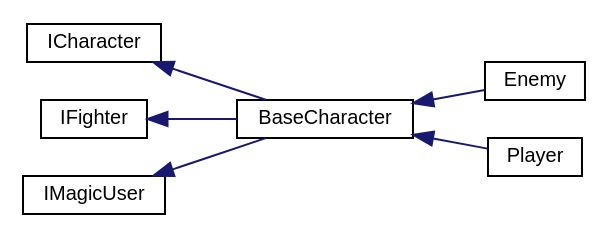
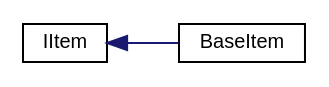
The diagram in inherit_graph_4.dot (PaulSchweizer/ActionRpgKit), drawn with Graphviz before and after one commit. The commit also changed 506 other files, not shown here.

```diff
--- a/inherit_graph_4.dot
+++ b/inherit_graph_4.dot
@@ -1,18 +1,10 @@
 digraph "Graphical Class Hierarchy"
 {
  // INTERACTIVE_SVG=YES
   edge [fontname="Helvetica",fontsize="10",labelfontname="Helvetica",labelfontsize="10"];
   node [fontname="Helvetica",fontsize="10",shape=record];
   rankdir="LR";
-  Node1 [label="ICharacter",height=0.2,width=0.4,color="black", fillcolor="white", style="filled",URL="$d2/df8/interface_action_rpg_kit_1_1_character_1_1_i_character.xhtml",tooltip="Characters populate the game world. They are defined by Stats."];
+  Node1 [label="IItem",height=0.2,width=0.4,color="black", fillcolor="white", style="filled",URL="$d3/d77/interface_action_rpg_kit_1_1_item_1_1_i_item.xhtml"];
   Node1 -> Node2 [dir="back",color="midnightblue",fontsize="10",style="solid",fontname="Helvetica"];
-  Node2 [label="BaseCharacter",height=0.2,width=0.4,color="black", fillcolor="white", style="filled",URL="$d9/d5c/class_action_rpg_kit_1_1_character_1_1_base_character.xhtml",tooltip="Base implementation of a Character."];
-  Node2 -> Node3 [dir="back",color="midnightblue",fontsize="10",style="solid",fontname="Helvetica"];
-  Node3 [label="Enemy",height=0.2,width=0.4,color="black", fillcolor="white", style="filled",URL="$d2/df0/class_action_rpg_kit_1_1_character_1_1_enemy.xhtml",tooltip="Representation of a Hostile, game controlled character."];
-  Node2 -> Node4 [dir="back",color="midnightblue",fontsize="10",style="solid",fontname="Helvetica"];
-  Node4 [label="Player",height=0.2,width=0.4,color="black", fillcolor="white", style="filled",URL="$d7/dd8/class_action_rpg_kit_1_1_character_1_1_player.xhtml",tooltip="Representation of a Player controllable character."];
-  Node5 [label="IFighter",height=0.2,width=0.4,color="black", fillcolor="white", style="filled",URL="$df/d5e/interface_action_rpg_kit_1_1_character_1_1_i_fighter.xhtml",tooltip="Character can fight."];
-  Node5 -> Node2 [dir="back",color="midnightblue",fontsize="10",style="solid",fontname="Helvetica"];
-  Node6 [label="IMagicUser",height=0.2,width=0.4,color="black", fillcolor="white", style="filled",URL="$dd/db0/interface_action_rpg_kit_1_1_character_1_1_i_magic_user.xhtml",tooltip="Character can use Magic."];
-  Node6 -> Node2 [dir="back",color="midnightblue",fontsize="10",style="solid",fontname="Helvetica"];
+  Node2 [label="BaseItem",height=0.2,width=0.4,color="black", fillcolor="white", style="filled",URL="$d3/dfb/class_action_rpg_kit_1_1_item_1_1_base_item.xhtml"];
 }
```
